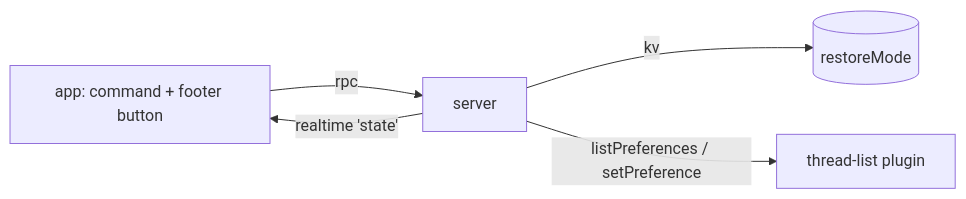
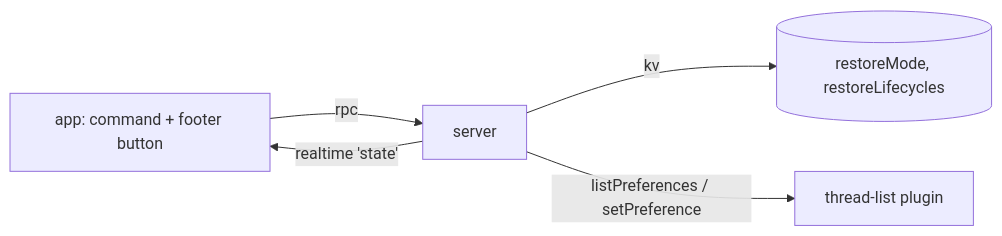
The diagram in src/bb-plugins/recent-threads/README.md (connorads/dotfiles), drawn with Mermaid before and after one commit. The commit also changed other lines of this file and 9 other files, not shown here.

````diff
--- a/src/bb-plugins/recent-threads/README.md
+++ b/src/bb-plugins/recent-threads/README.md
@@ -17,7 +20,7 @@
 ```mermaid
 flowchart LR
   app[app: command + footer button] -- rpc --> server
   server -- realtime 'state' --> app
-  server -- kv --> storage[(restoreMode)]
+  server -- kv --> storage[(restoreMode, restoreLifecycles)]
   server -- listPreferences / setPreference --> tl[thread-list plugin]
 ```
````
